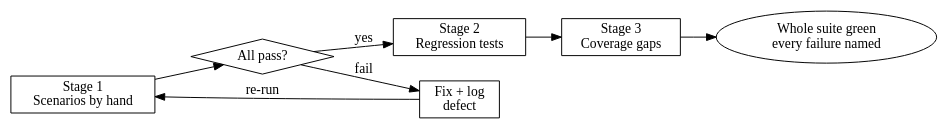
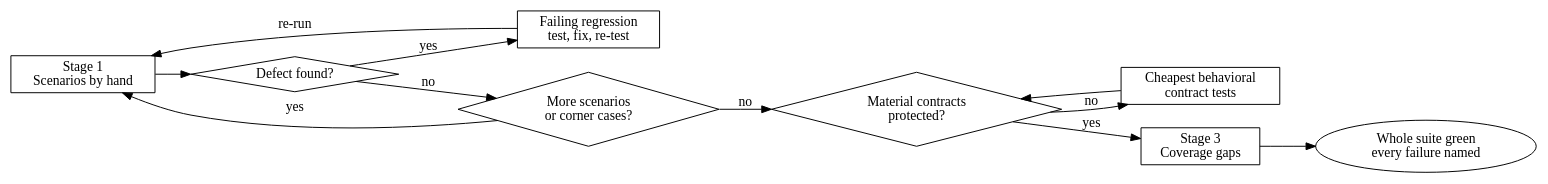
Before and after one commit to gautam-achieveai/ClaudePlugins: the diagram in development/skills/scenario-driven-development/SKILL.md, drawn with Graphviz. The commit also changed other lines of this file and 58 other files, not shown here.

````diff
--- a/development/skills/scenario-driven-development/SKILL.md
+++ b/development/skills/scenario-driven-development/SKILL.md
@@ -22,17 +22,24 @@
 ```dot
 digraph sdd {
     rankdir=LR;
     s1 [label="Stage 1\nScenarios by hand", shape=box];
-    pass [label="All pass?", shape=diamond];
-    fix [label="Fix + log\ndefect", shape=box];
-    s2 [label="Stage 2\nRegression tests", shape=box];
+    pass [label="Defect found?", shape=diamond];
+    fix [label="Failing regression\ntest, fix, re-test", shape=box];
+    s2 [label="More scenarios\nor corner cases?", shape=diamond];
+    contracts [label="Material contracts\nprotected?", shape=diamond];
+    protect [label="Cheapest behavioral\ncontract tests", shape=box];
     s3 [label="Stage 3\nCoverage gaps", shape=box];
     done [label="Whole suite green\nevery failure named", shape=ellipse];
 
     s1 -> pass;
-    pass -> fix [label="fail"];
+    pass -> fix [label="yes"];
     fix -> s1 [label="re-run"];
-    pass -> s2 [label="yes"];
-    s2 -> s3 -> done;
+    pass -> s2 [label="no"];
+    s2 -> s1 [label="yes"];
+    s2 -> contracts [label="no"];
+    contracts -> protect [label="no"];
+    protect -> contracts;
+    contracts -> s3 [label="yes"];
+    s3 -> done;
 }
 ```
````
